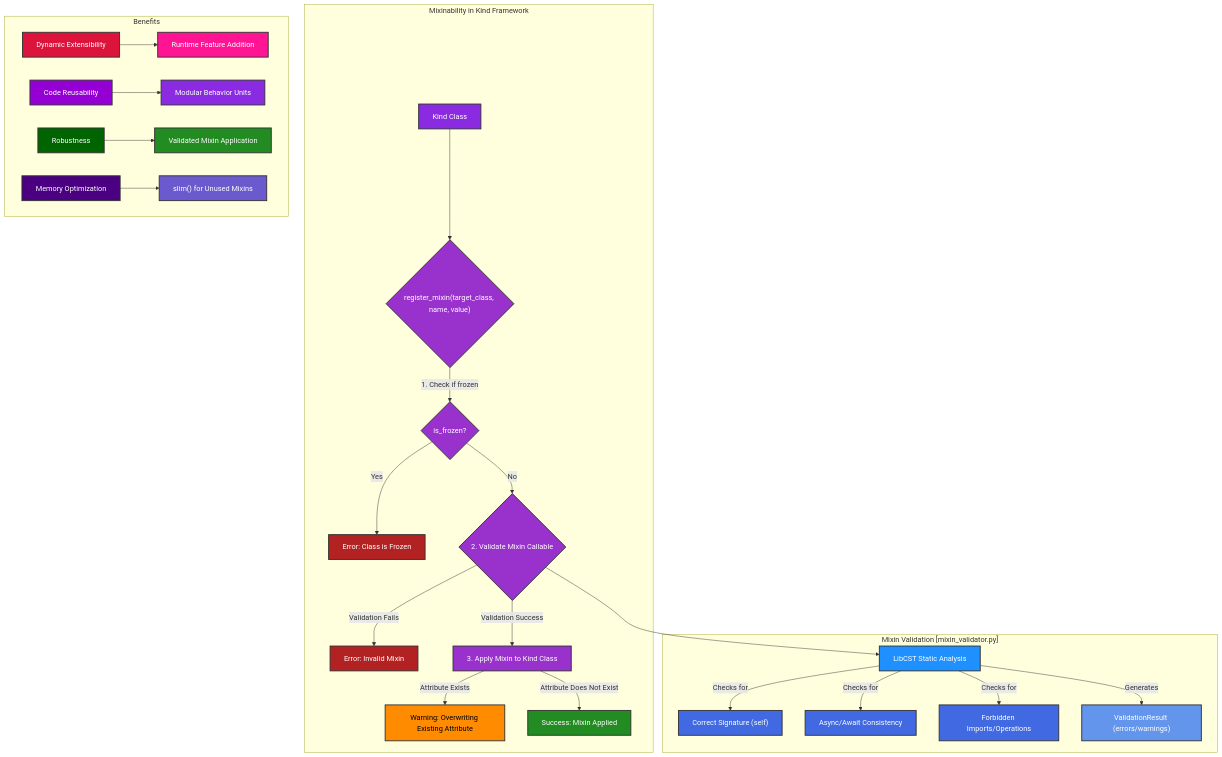
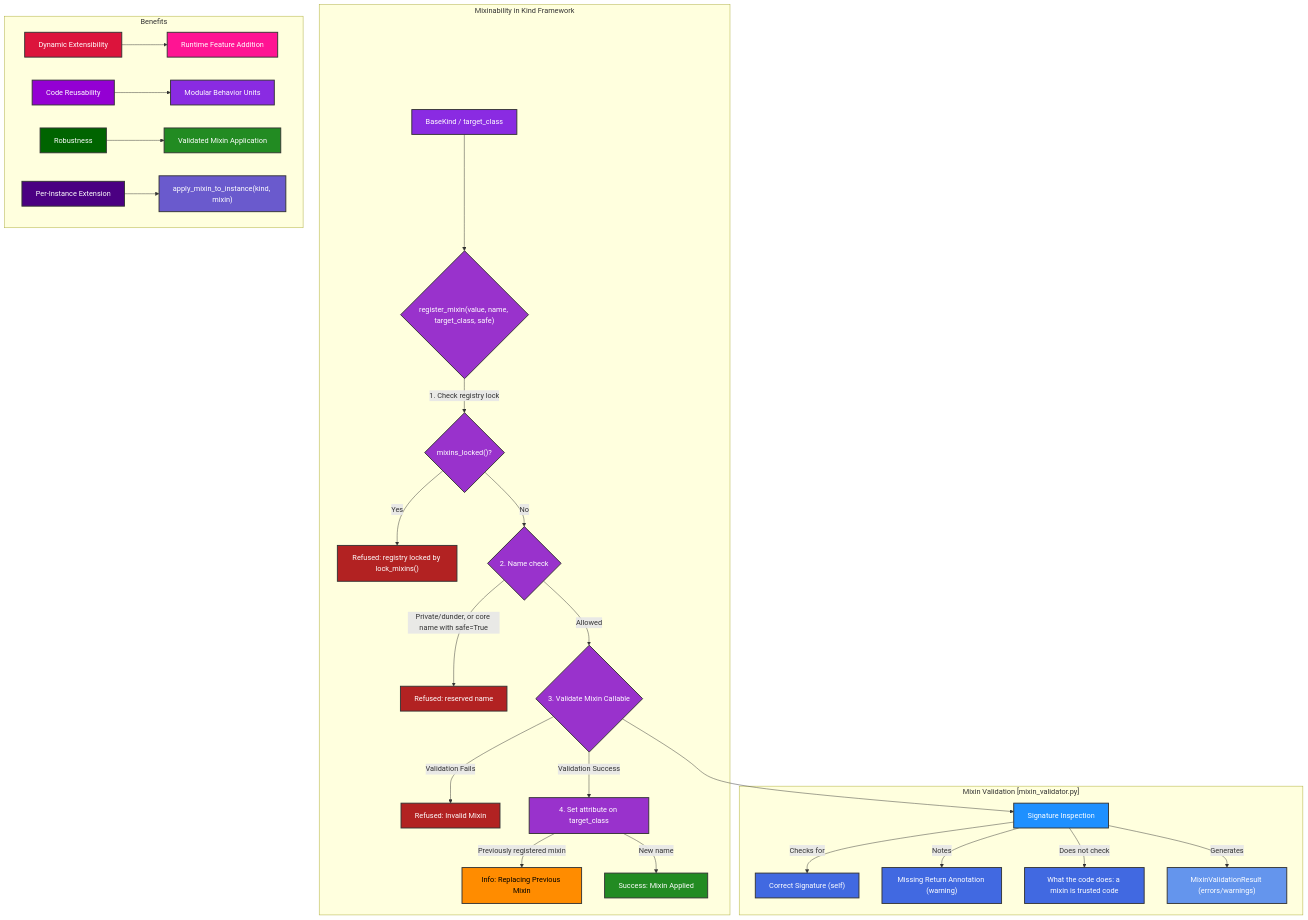
The diagram in docs/topics/5_mixinability/mixinability_flow.mmd (ikko/kind), drawn with Mermaid before and after one commit. The commit also changed 62 other files, not shown here.

First line of the commit message:
Docs: Kind vs type, docs that match the code, the review and its insights

```diff
--- a/docs/topics/5_mixinability/mixinability_flow.mmd
+++ b/docs/topics/5_mixinability/mixinability_flow.mmd
@@ -1,58 +1,62 @@
 graph TB
     subgraph "Mixinability in Kind Framework"
-        A[Kind Class] --> B{register_mixin#40;target_class, name, value#41;};
-        B -- "1. Check if frozen" --> C{is_frozen?};
-        C -- "Yes" --> D[Error: Class is Frozen];
-        C -- "No" --> E{2. Validate Mixin Callable};
-        E -- "Validation Fails" --> F[Error: Invalid Mixin];
-        E -- "Validation Success" --> G[3. Apply Mixin to Kind Class];
-        G -- "Attribute Exists" --> H[Warning: Overwriting Existing Attribute];
-        G -- "Attribute Does Not Exist" --> I[Success: Mixin Applied];
+        A[BaseKind / target_class] --> B{register_mixin#40;value, name, target_class, safe#41;};
+        B -- "1. Check registry lock" --> C{mixins_locked#40;#41;?};
+        C -- "Yes" --> D[Refused: registry locked by lock_mixins#40;#41;];
+        C -- "No" --> W{2. Name check};
+        W -- "Private/dunder, or core name with safe=True" --> X[Refused: reserved name];
+        W -- "Allowed" --> E{3. Validate Mixin Callable};
+        E -- "Validation Fails" --> F[Refused: Invalid Mixin];
+        E -- "Validation Success" --> G[4. Set attribute on target_class];
+        G -- "Previously registered mixin" --> H[Info: Replacing Previous Mixin];
+        G -- "New name" --> I[Success: Mixin Applied];
     end
 
     subgraph "Mixin Validation [mixin_validator.py]"
-        E --> J[LibCST Static Analysis];
+        E --> J[Signature Inspection];
         J -- "Checks for" --> K[Correct Signature #40;self#41;];
-        J -- "Checks for" --> L[Async/Await Consistency];
-        J -- "Checks for" --> M[Forbidden Imports/Operations];
-        J -- "Generates" --> N[ValidationResult #40;errors/warnings#41;];
+        J -- "Notes" --> L[Missing Return Annotation #40;warning#41;];
+        J -- "Does not check" --> M[What the code does: a mixin is trusted code];
+        J -- "Generates" --> N[MixinValidationResult #40;errors/warnings#41;];
     end
 
     subgraph "Benefits"
         O[Dynamic Extensibility] --> P[Runtime Feature Addition];
         Q[Code Reusability] --> R[Modular Behavior Units];
         S[Robustness] --> T[Validated Mixin Application];
-        U[Memory Optimization] --> V[slim#40;#41; for Unused Mixins];
+        U[Per-Instance Extension] --> V[apply_mixin_to_instance#40;kind, mixin#41;];
     end
 
     %% Main flow - purple theme
     style A fill:#8a2be2,stroke:#333,stroke-width:2px,color:#FFFFFF
     style B fill:#9932cc,stroke:#333,stroke-width:2px,color:#FFFFFF
     style C fill:#9932cc,stroke:#333,stroke-width:2px,color:#FFFFFF
     style E fill:#9932cc,stroke:#333,stroke-width:2px,color:#FFFFFF
     style G fill:#9932cc,stroke:#333,stroke-width:2px,color:#FFFFFF
+    style W fill:#9932cc,stroke:#333,stroke-width:2px,color:#FFFFFF
 
     %% Success states - green theme
     style I fill:#228B22,stroke:#333,stroke-width:2px,color:#FFFFFF
 
     %% Warning/Error states - red theme
     style D fill:#B22222,stroke:#333,stroke-width:2px,color:#FFFFFF
     style F fill:#B22222,stroke:#333,stroke-width:2px,color:#FFFFFF
+    style X fill:#B22222,stroke:#333,stroke-width:2px,color:#FFFFFF
     style H fill:#FF8C00,stroke:#333,stroke-width:2px,color:#000000
 
     %% Validation section - blue theme
     style J fill:#1E90FF,stroke:#333,stroke-width:2px,color:#FFFFFF
     style K fill:#4169E1,stroke:#333,stroke-width:2px,color:#FFFFFF
     style L fill:#4169E1,stroke:#333,stroke-width:2px,color:#FFFFFF
     style M fill:#4169E1,stroke:#333,stroke-width:2px,color:#FFFFFF
     style N fill:#6495ED,stroke:#333,stroke-width:2px,color:#FFFFFF
 
     %% Benefits section - vibrant colors
     style O fill:#dc143c,stroke:#333,stroke-width:2px,color:#FFFFFF
     style P fill:#ff1493,stroke:#333,stroke-width:2px,color:#FFFFFF
     style Q fill:#9400d3,stroke:#333,stroke-width:2px,color:#FFFFFF
     style R fill:#8a2be2,stroke:#333,stroke-width:2px,color:#FFFFFF
     style S fill:#006400,stroke:#333,stroke-width:2px,color:#FFFFFF
     style T fill:#228b22,stroke:#333,stroke-width:2px,color:#FFFFFF
     style U fill:#4b0082,stroke:#333,stroke-width:2px,color:#FFFFFF
     style V fill:#6a5acd,stroke:#333,stroke-width:2px,color:#FFFFFF
```
